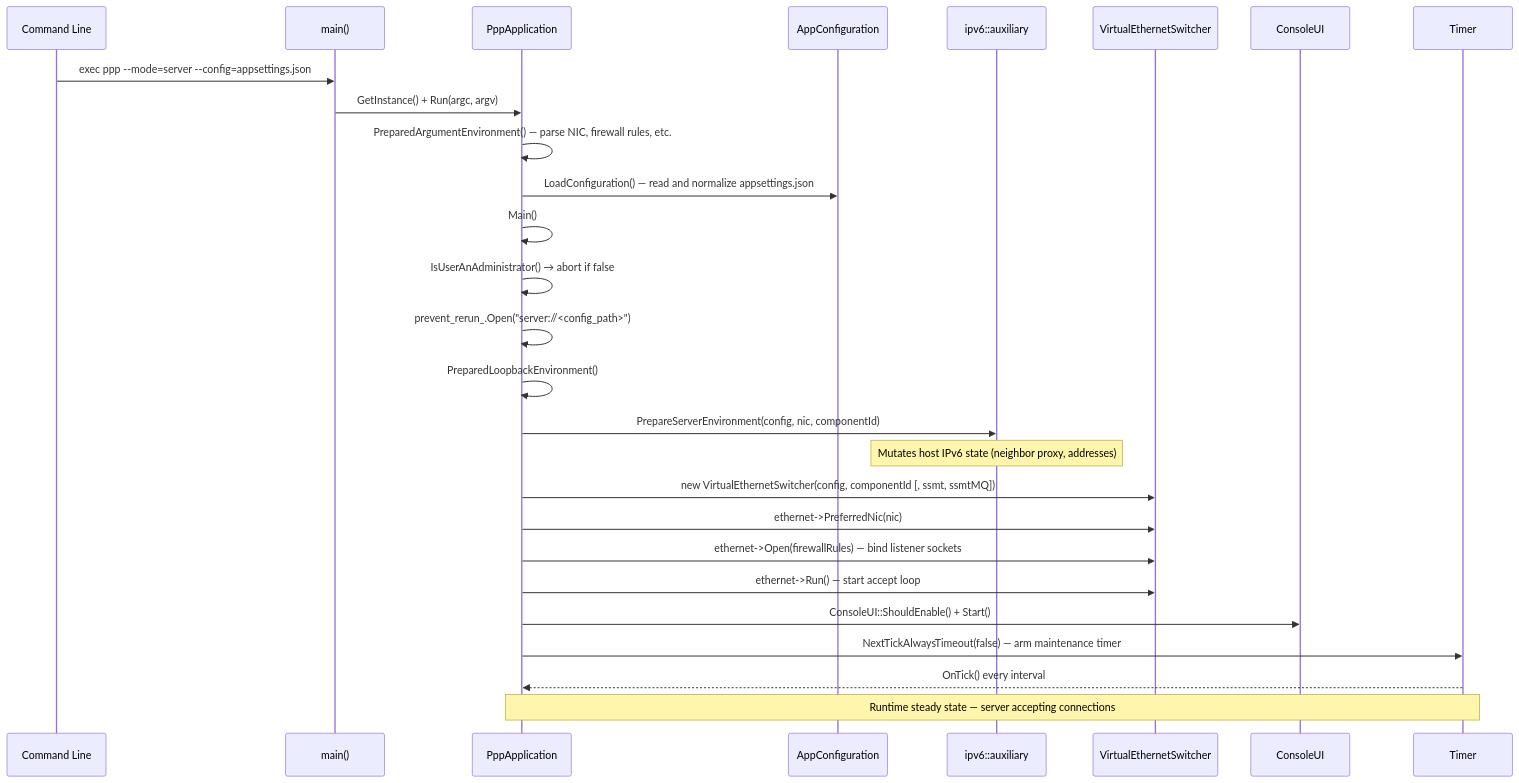
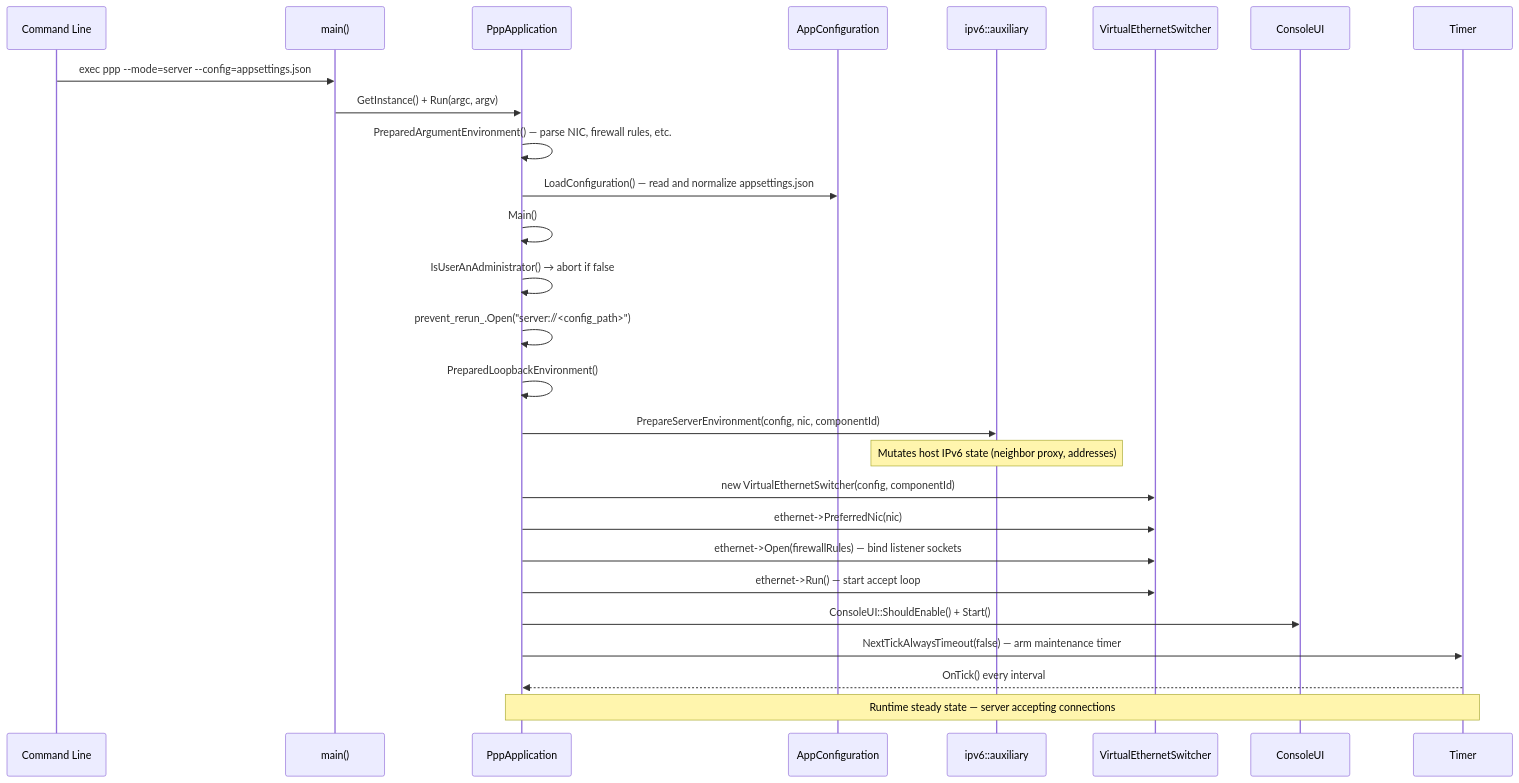
Before and after one commit to HyacinthHaru/openppp2: the eighth of 10 diagrams in docs/STARTUP_AND_LIFECYCLE.md, drawn with Mermaid. The commit also changed other lines of this file and 93 other files, not shown here.

````diff
--- a/docs/STARTUP_AND_LIFECYCLE.md
+++ b/docs/STARTUP_AND_LIFECYCLE.md
@@ -339,30 +361,30 @@
 ```mermaid
 sequenceDiagram
     participant CLI as Command Line
     participant main as main()
     participant app as PppApplication
     participant cfg as AppConfiguration
     participant ipv6 as ipv6::auxiliary
     participant sw as VirtualEthernetSwitcher
     participant tui as ConsoleUI
     participant tick as Timer
 
     CLI->>main: exec ppp --mode=server --config=appsettings.json
     main->>app: GetInstance() + Run(argc, argv)
     app->>app: PreparedArgumentEnvironment() — parse NIC, firewall rules, etc.
     app->>cfg: LoadConfiguration() — read and normalize appsettings.json
     app->>app: Main()
     app->>app: IsUserAnAdministrator() → abort if false
     app->>app: prevent_rerun_.Open("server://<config_path>")
     app->>app: PreparedLoopbackEnvironment()
     app->>ipv6: PrepareServerEnvironment(config, nic, componentId)
     note over ipv6: Mutates host IPv6 state (neighbor proxy, addresses)
-    app->>sw: new VirtualEthernetSwitcher(config, componentId [, ssmt, ssmtMQ])
+    app->>sw: new VirtualEthernetSwitcher(config, componentId)
     app->>sw: ethernet->PreferredNic(nic)
     app->>sw: ethernet->Open(firewallRules) — bind listener sockets
     app->>sw: ethernet->Run() — start accept loop
     app->>tui: ConsoleUI::ShouldEnable() + Start()
     app->>tick: NextTickAlwaysTimeout(false) — arm maintenance timer
     tick-->>app: OnTick() every interval
     note over app,tick: Runtime steady state — server accepting connections
 ```
````
